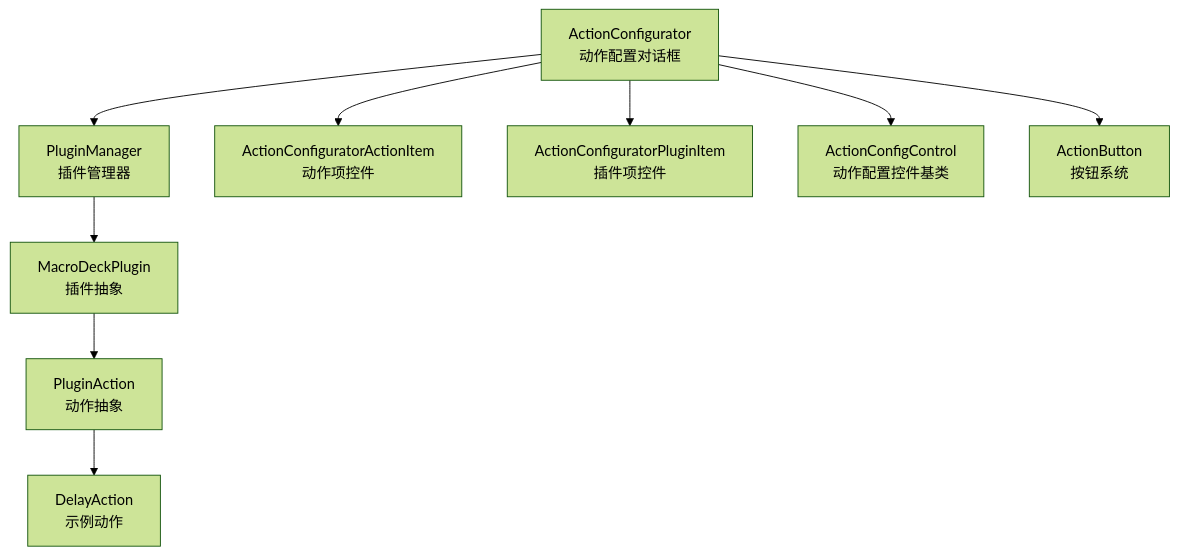
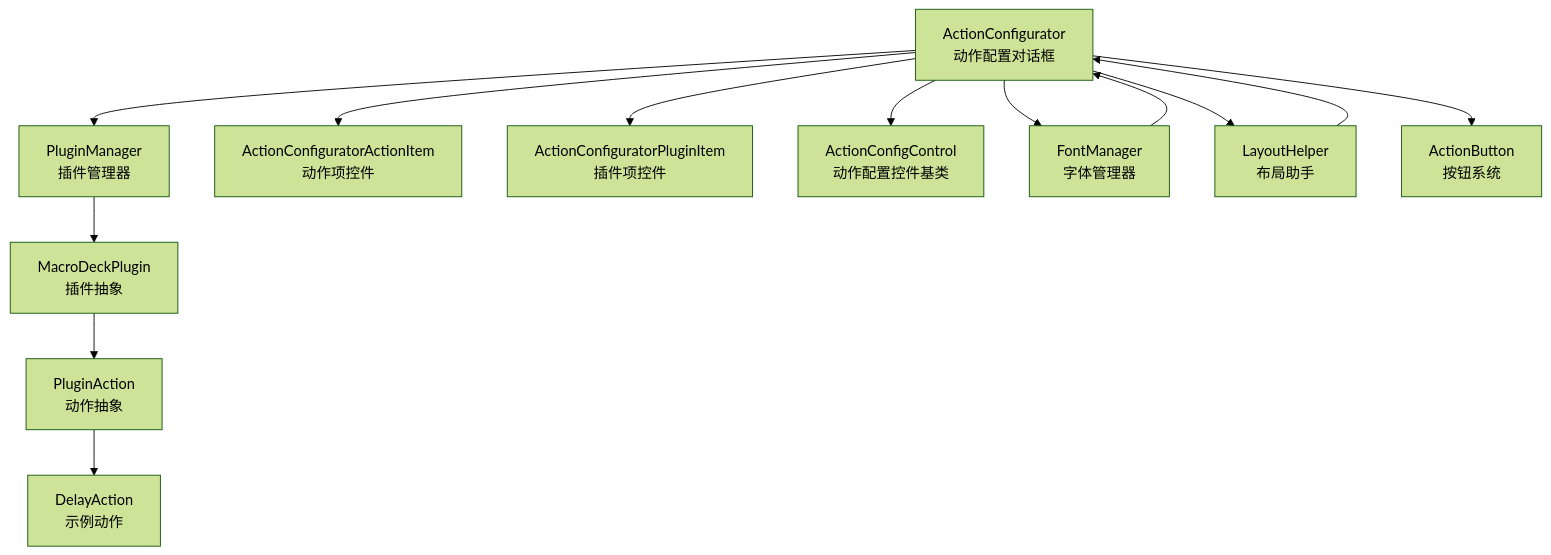
One commit to tea4go/Macro-Deck changed the first of 4 diagrams in .qoder/repowiki/zh/content/图形用户界面/对话框系统/动作配置对话框.md. Above: the diagram before and after it, drawn with Mermaid (forest theme). The commit also changed other lines of this file and 63 other files, not shown here.

````diff
--- a/.qoder/repowiki/zh/content/图形用户界面/对话框系统/动作配置对话框.md
+++ b/.qoder/repowiki/zh/content/图形用户界面/对话框系统/动作配置对话框.md
@@ -43,11 +53,15 @@
 ```mermaid
 graph TB
 AC["ActionConfigurator<br/>动作配置对话框"] --> PLG["PluginManager<br/>插件管理器"]
 AC --> ACTITEM["ActionConfiguratorActionItem<br/>动作项控件"]
 AC --> PLGITEM["ActionConfiguratorPluginItem<br/>插件项控件"]
 AC --> CFGCTRL["ActionConfigControl<br/>动作配置控件基类"]
+AC --> FM["FontManager<br/>字体管理器"]
+AC --> LH["LayoutHelper<br/>布局助手"]
 PLG --> MDP["MacroDeckPlugin<br/>插件抽象"]
 MDP --> PA["PluginAction<br/>动作抽象"]
 AC --> AB["ActionButton<br/>按钮系统"]
 PA --> DA["DelayAction<br/>示例动作"]
+FM --> AC
+LH --> AC
 ```
````
